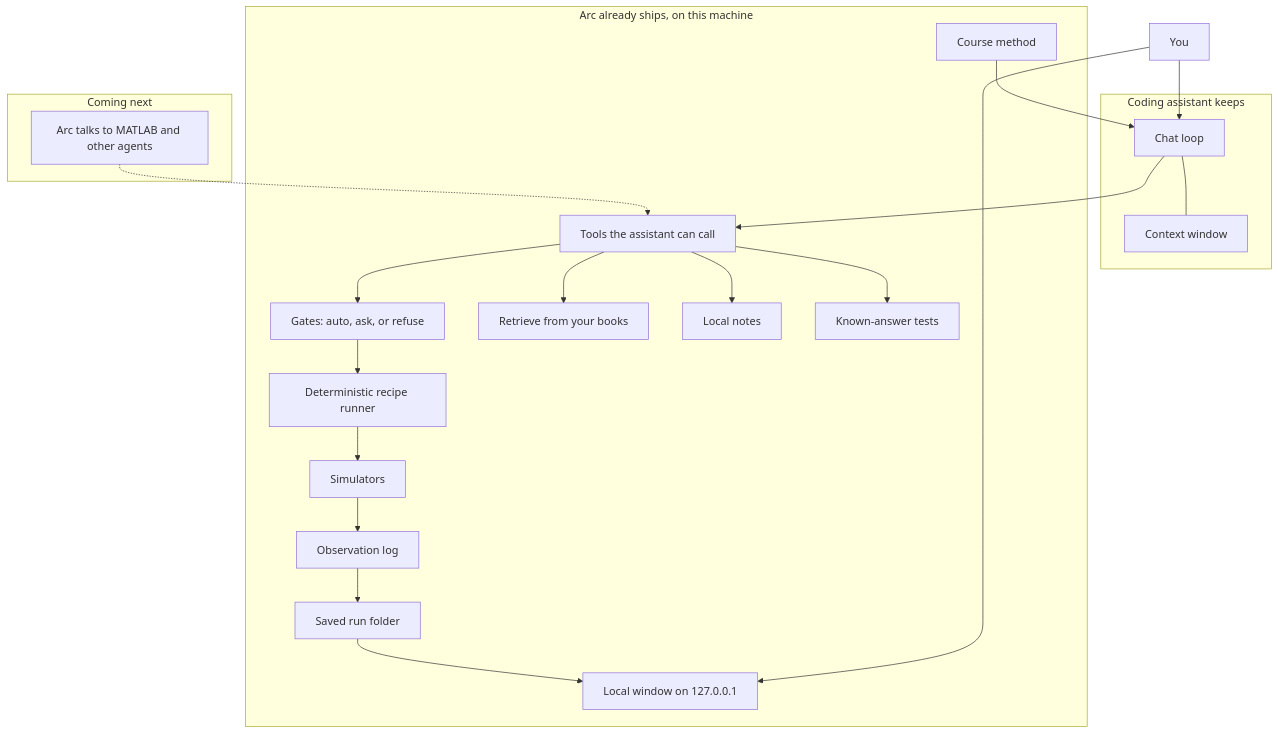
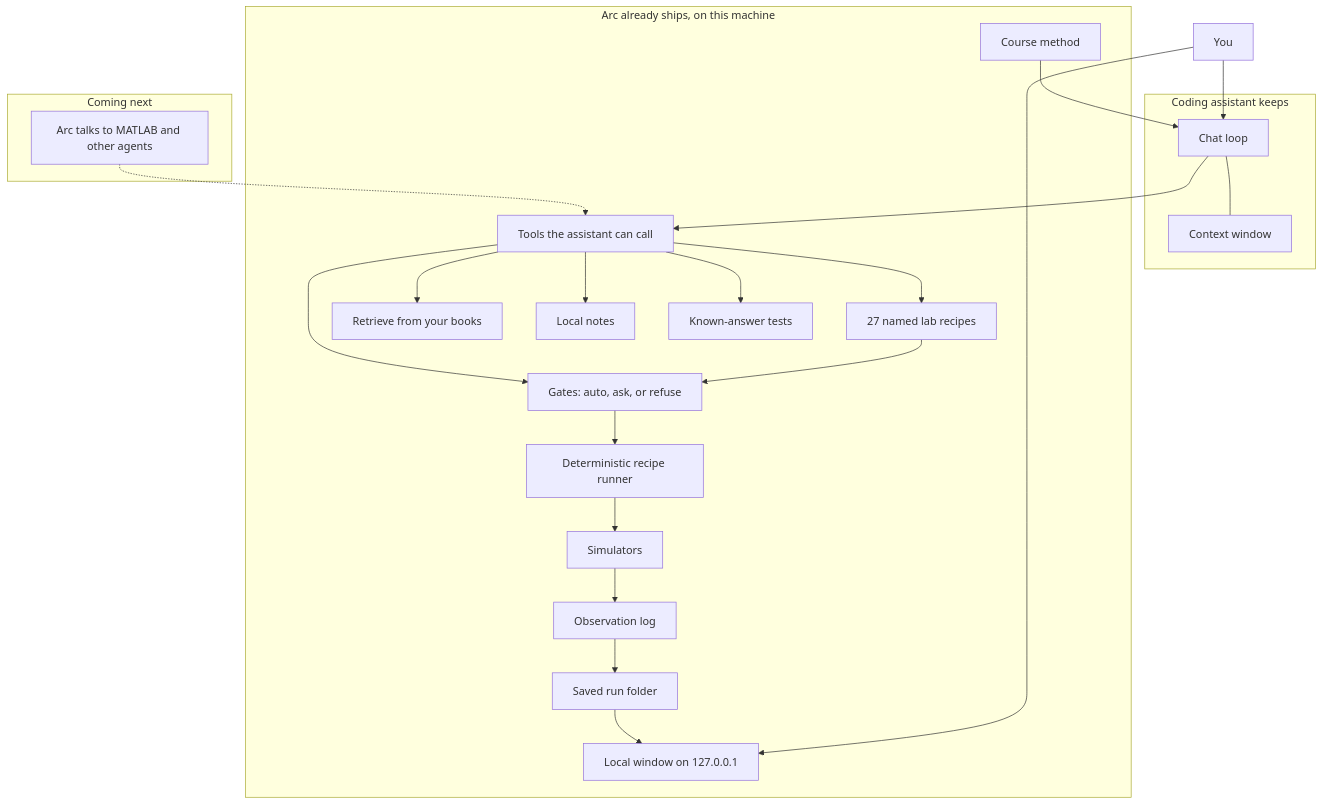
One commit to Vinayak-RZ/ARC changed the first of 7 diagrams in docs/ON_THE_HARNESS.md. Above: the diagram before and after it, drawn with Mermaid. The commit also changed other lines of this file and 2 other files, not shown here.

First line of the commit message:
docs: explain named recipes versus a free agent loop

````diff
--- a/docs/ON_THE_HARNESS.md
+++ b/docs/ON_THE_HARNESS.md
@@ -45,39 +48,42 @@
 ```mermaid
 flowchart TB
   You[You]
   subgraph host["Coding assistant keeps"]
     Loop[Chat loop]
     Ctx[Context window]
     Loop --- Ctx
   end
   subgraph arc["Arc already ships, on this machine"]
     Method[Course method]
     Tools[Tools the assistant can call]
+    Recipes[27 named lab recipes]
     Runner[Deterministic recipe runner]
     Sims[Simulators]
     Gates[Gates: auto, ask, or refuse]
     Books[Retrieve from your books]
     Notes[Local notes]
     Observe[Observation log]
     Tests[Known-answer tests]
     Folder[Saved run folder]
     Window[Local window on 127.0.0.1]
   end
   subgraph soon["Coming next"]
     Other[Arc talks to MATLAB and other agents]
   end
   You --> Loop
   You --> Window
   Loop --> Tools
+  Tools --> Recipes
+  Recipes --> Gates
   Tools --> Gates
   Gates --> Runner
   Runner --> Sims
   Sims --> Observe
   Observe --> Folder
   Folder --> Window
   Tools --> Books
   Tools --> Notes
   Tools --> Tests
   Method --> Loop
   Other -.-> Tools
 ```
````
